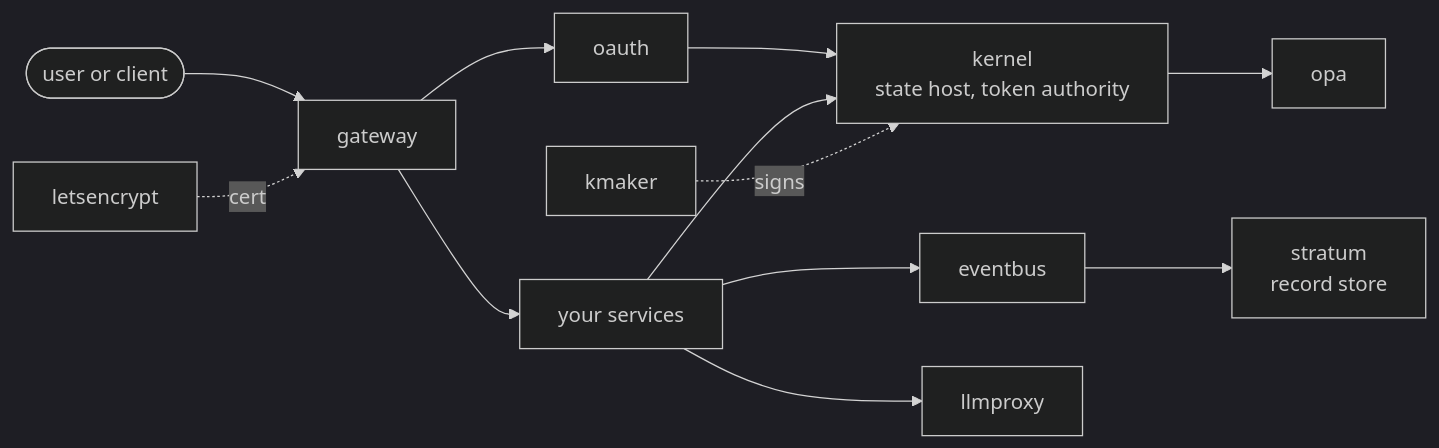
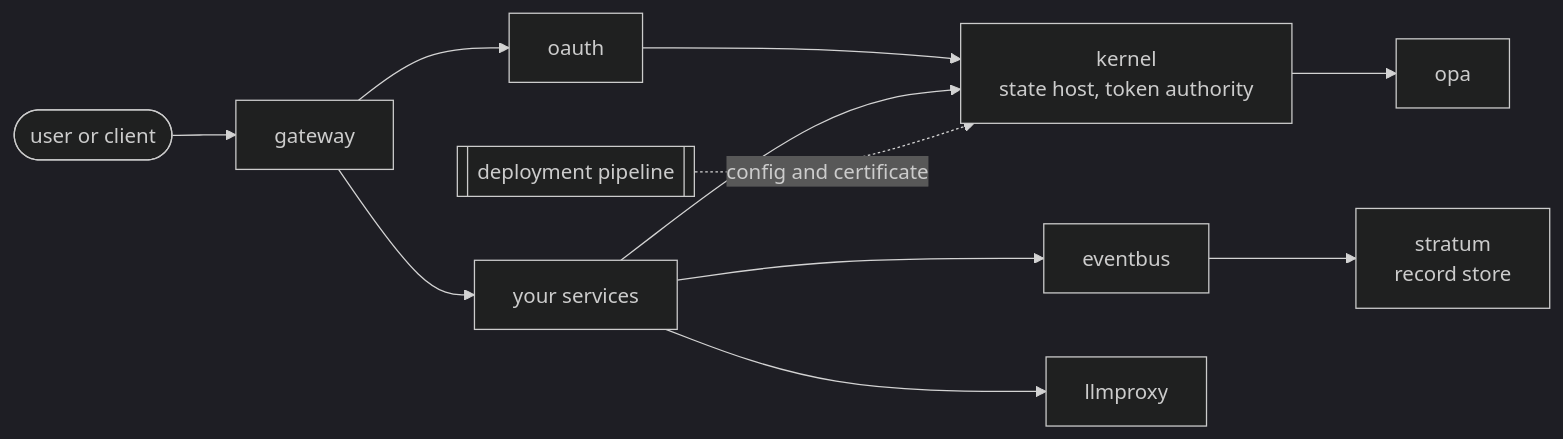
One commit to tacplus-dev/website changed the diagram in docs/index.md. Above: the diagram before and after it, drawn with Mermaid (dark theme). The commit also changed other lines of this file and 4 other files, not shown here.

First line of the commit message:
docs: drop kmaker and in-fleet letsencrypt; say config and cert come from the pipeline (#5)

````diff
--- a/docs/index.md
+++ b/docs/index.md
@@ -121,14 +122,13 @@
 ```mermaid
 flowchart LR
   user([user or client]) --> gw[gateway]
   gw --> svc[your services]
   gw --> oauth[oauth]
   oauth --> kernel
   svc --> kernel[kernel<br/>state host, token authority]
   kernel --> opa[opa]
   svc --> bus[eventbus]
   bus --> stratum[stratum<br/>record store]
   svc --> llm[llmproxy]
-  kmaker[kmaker] -. signs .-> kernel
-  le[letsencrypt] -. cert .-> gw
+  pipe[[deployment pipeline]] -. config and certificate .-> kernel
 ```
````
